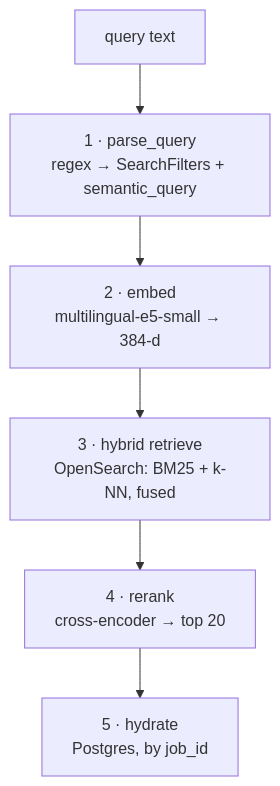
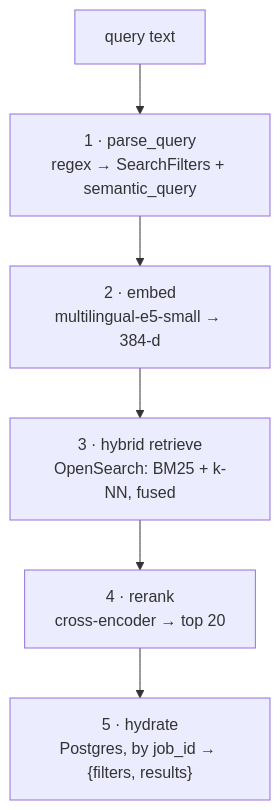
One commit to LorenzoSchiroli/jobsifty changed the second of 7 diagrams in README.md. Above: the diagram before and after it, drawn with Mermaid. The commit also changed other lines of this file and 2 other files, not shown here.

````diff
--- a/README.md
+++ b/README.md
@@ -88,11 +89,11 @@
 ```mermaid
 flowchart TB
     Q["query text"]
     P["1 · parse_query<br/>regex → SearchFilters + semantic_query"]
     E["2 · embed<br/>multilingual-e5-small → 384-d"]
     H["3 · hybrid retrieve<br/>OpenSearch: BM25 + k-NN, fused"]
     R["4 · rerank<br/>cross-encoder → top 20"]
-    D["5 · hydrate<br/>Postgres, by job_id"]
+    D["5 · hydrate<br/>Postgres, by job_id → {filters, results}"]
 
     Q --> P --> E --> H --> R --> D
 ```
````
